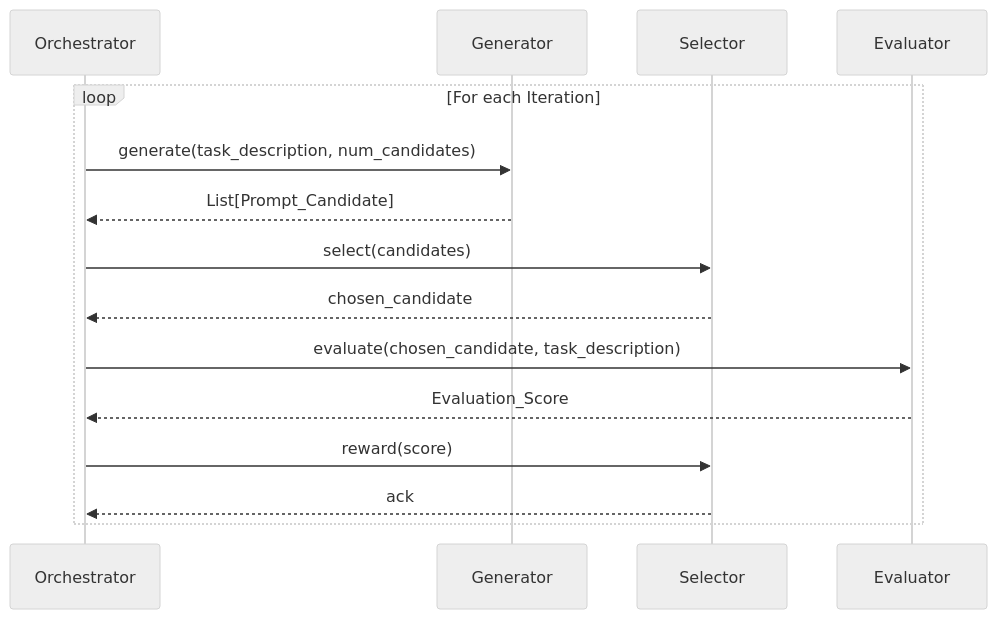
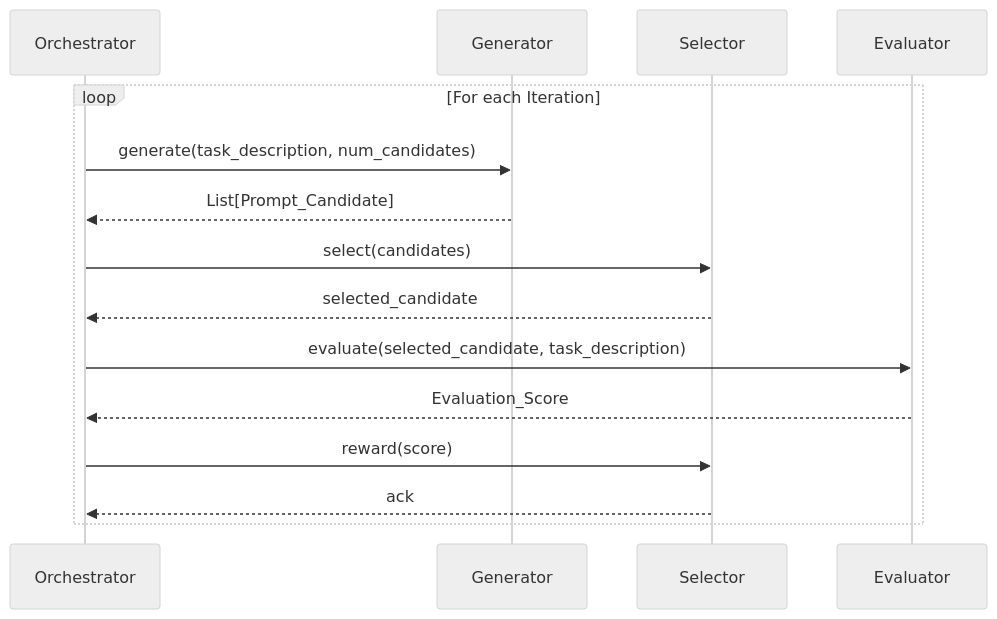
One commit to anipmehta/prompt-optimization-system changed the second of 2 diagrams in .kiro/specs/prompt-optimization-orchestrator/design.md. Above: the diagram before and after it, drawn with Mermaid (neutral theme). The commit also changed other lines of this file and 2 other files, not shown here.

First line of the commit message:
Update spec docs: rename chosen_candidate to selected_candidate, add retry_limit validation, clarify reward flow

````diff
--- a/.kiro/specs/prompt-optimization-orchestrator/design.md
+++ b/.kiro/specs/prompt-optimization-orchestrator/design.md
@@ -38,18 +38,18 @@
 ```mermaid
 sequenceDiagram
     participant O as Orchestrator
     participant G as Generator
     participant S as Selector
     participant E as Evaluator
 
     loop For each Iteration
         O->>G: generate(task_description, num_candidates)
         G-->>O: List[Prompt_Candidate]
         O->>S: select(candidates)
-        S-->>O: chosen_candidate
-        O->>E: evaluate(chosen_candidate, task_description)
+        S-->>O: selected_candidate
+        O->>E: evaluate(selected_candidate, task_description)
         E-->>O: Evaluation_Score
         O->>S: reward(score)
         S-->>O: ack
     end
 ```
````
